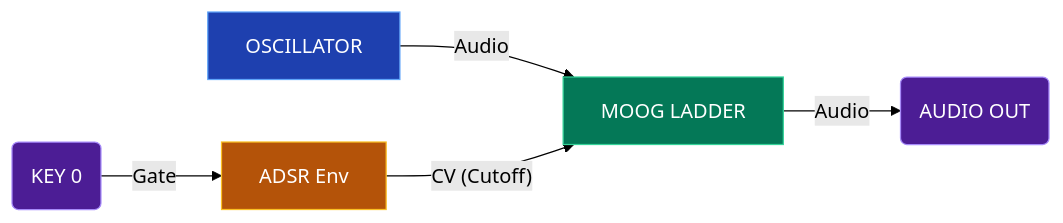
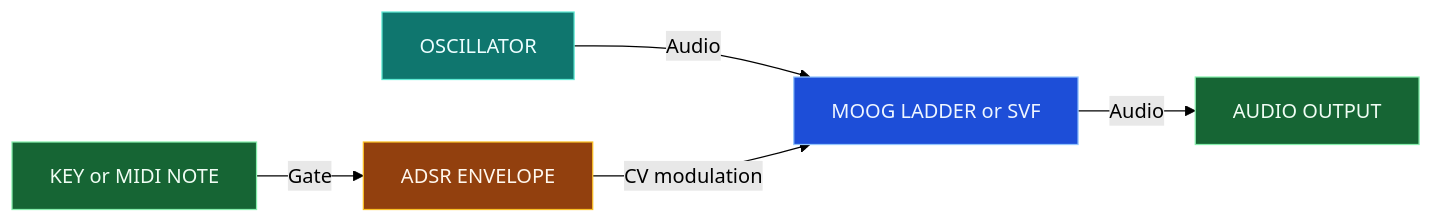
Before and after one commit to Denys/DVPE_Daisy-Visual-Programming-Environment: the third of 3 diagrams in README.md, drawn with Mermaid (forest theme). The commit also changed other lines of this file and 7 other files, not shown here.

````diff
--- a/README.md
+++ b/README.md
@@ -96,12 +135,12 @@
 ```mermaid
 graph LR
-    classDef source fill:#1e40af,stroke:#60a5fa,color:#fff;
-    classDef filter fill:#047857,stroke:#34d399,color:#fff;
-    classDef mod fill:#b45309,stroke:#fbbf24,color:#fff;
-    classDef io fill:#4c1d95,stroke:#a78bfa,color:#fff;
+    classDef source fill:#0f766e,stroke:#5eead4,color:#ecfeff;
+    classDef filter fill:#1d4ed8,stroke:#93c5fd,color:#eff6ff;
+    classDef mod fill:#92400e,stroke:#fbbf24,color:#fff7ed;
+    classDef io fill:#166534,stroke:#86efac,color:#f0fdf4;
 
-    Key(KEY 0):::io -- Gate --> ADSR[ADSR Env]:::mod
-    Osc[OSCILLATOR]:::source -- Audio --> Filter[MOOG LADDER]:::filter
-    ADSR -- "CV (Cutoff)" --> Filter
-    Filter -- Audio --> Out(AUDIO OUT):::io
+    Key["KEY or MIDI NOTE"]:::io -- Gate --> ADSR["ADSR ENVELOPE"]:::mod
+    Osc["OSCILLATOR"]:::source -- Audio --> Filter["MOOG LADDER or SVF"]:::filter
+    ADSR -- "CV modulation" --> Filter
+    Filter -- Audio --> Out["AUDIO OUTPUT"]:::io
 ```
````
